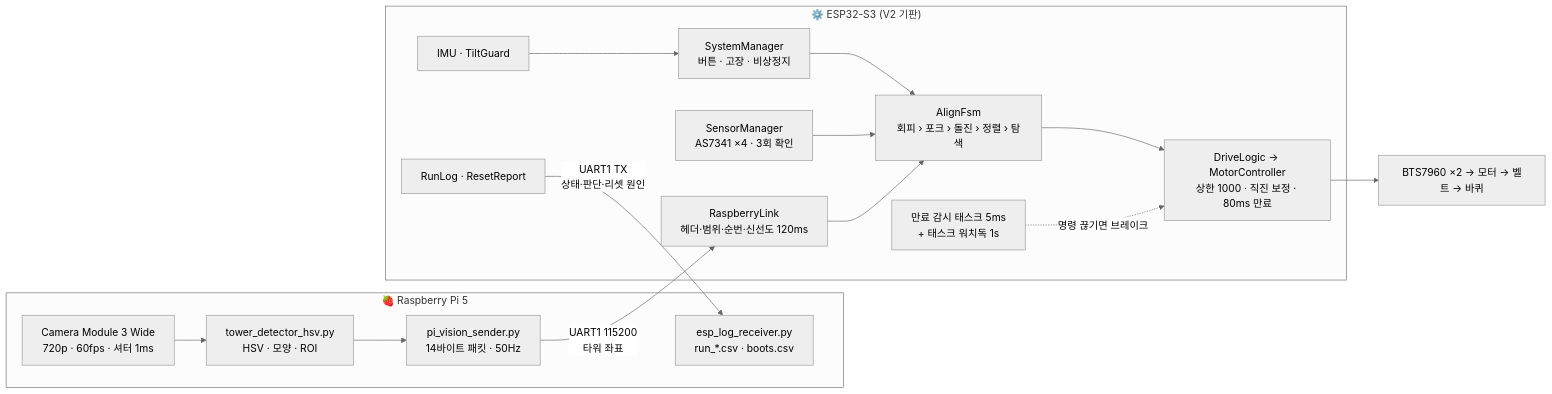
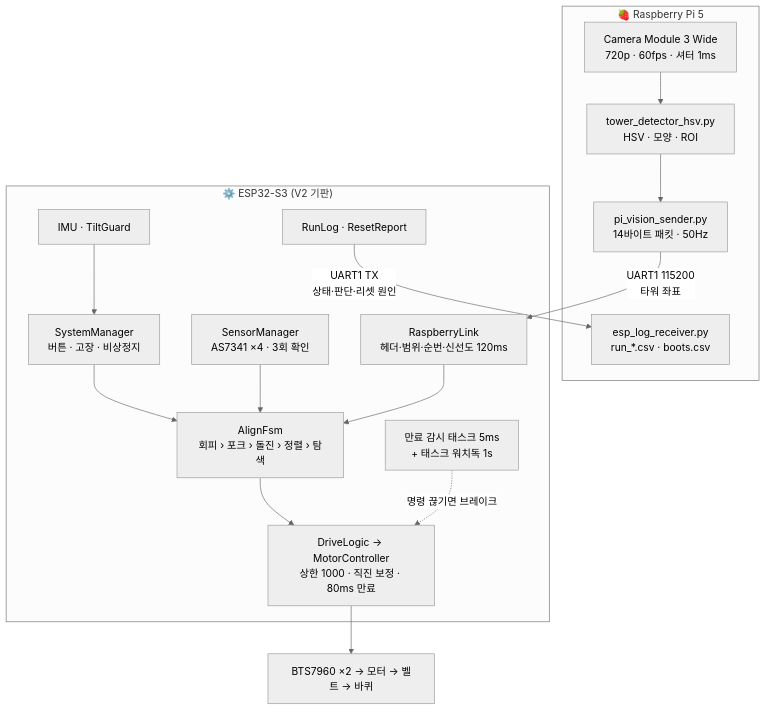
Before and after one commit to caconee22/c_robot: the first of 4 diagrams in README.md, drawn with Mermaid (neutral theme). The commit also changed other lines of this file, not shown here.

Commit message:
README: system diagram top-to-bottom, shorter loop block

````diff
--- a/README.md
+++ b/README.md
@@ -126,29 +126,29 @@
 ```mermaid
-flowchart LR
+flowchart TB
     subgraph PI["🍓 Raspberry Pi 5"]
         CAM["Camera Module 3 Wide<br/>720p · 60fps · 셔터 1ms"] --> DET["tower_detector_hsv.py<br/>HSV · 모양 · ROI"]
         DET --> TX["pi_vision_sender.py<br/>14바이트 패킷 · 50Hz"]
         RX["esp_log_receiver.py<br/>run_*.csv · boots.csv"]
     end
 
     subgraph ESP["⚙️ ESP32-S3 (V2 기판)"]
         LINK["RaspberryLink<br/>헤더·범위·순번·신선도 120ms"]
         SENS["SensorManager<br/>AS7341 ×4 · 3회 확인"]
         IMU["IMU · TiltGuard"]
         SAFE["SystemManager<br/>버튼 · 고장 · 비상정지"]
         FSM["AlignFsm<br/>회피 › 포크 › 돌진 › 정렬 › 탐색"]
         DRV["DriveLogic → MotorController<br/>상한 1000 · 직진 보정 · 80ms 만료"]
         WD["만료 감시 태스크 5ms<br/>+ 태스크 워치독 1s"]
         LOG["RunLog · ResetReport"]
     end
 
     TX -- "UART1 115200<br/>타워 좌표" --> LINK
     LOG -- "UART1 TX<br/>상태·판단·리셋 원인" --> RX
     LINK --> FSM
     SENS --> FSM
     IMU --> SAFE
     SAFE --> FSM
     FSM --> DRV
     WD -. 명령 끊기면 브레이크 .-> DRV
     DRV --> BTS["BTS7960 ×2 → 모터 → 벨트 → 바퀴"]
 ```
````
